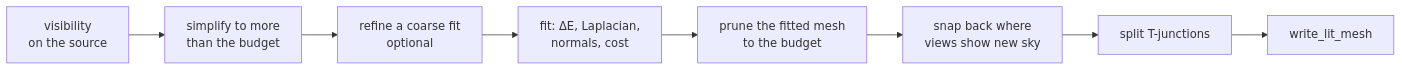
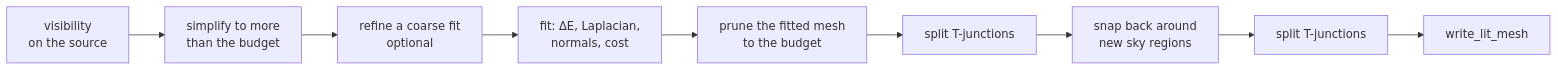
One commit to jose-villegas/autana changed the first of 2 diagrams in docs/render/offline/Appearance-Fit.md. Above: the diagram before and after it, drawn with Mermaid. The commit also changed other lines of this file and 7 other files, not shown here.

Commit message:
r3d: split before snapping back around new sky

````diff
--- a/docs/render/offline/Appearance-Fit.md
+++ b/docs/render/offline/Appearance-Fit.md
@@ -45,10 +45,11 @@
 ```mermaid
 flowchart LR
     V[visibility<br/>on the source] --> S[simplify to more<br/>than the budget]
     S --> R[refine a coarse fit<br/>optional]
     R --> F[fit: ΔE, Laplacian,<br/>normals, cost]
     F --> P[prune the fitted mesh<br/>to the budget]
-    P --> B[snap back where<br/>views show new sky]
-    B --> T[split T-junctions]
-    T --> W[write_lit_mesh]
+    P --> T[split T-junctions]
+    T --> B[snap back around<br/>new sky regions]
+    B --> U[split T-junctions]
+    U --> W[write_lit_mesh]
 ```
````
